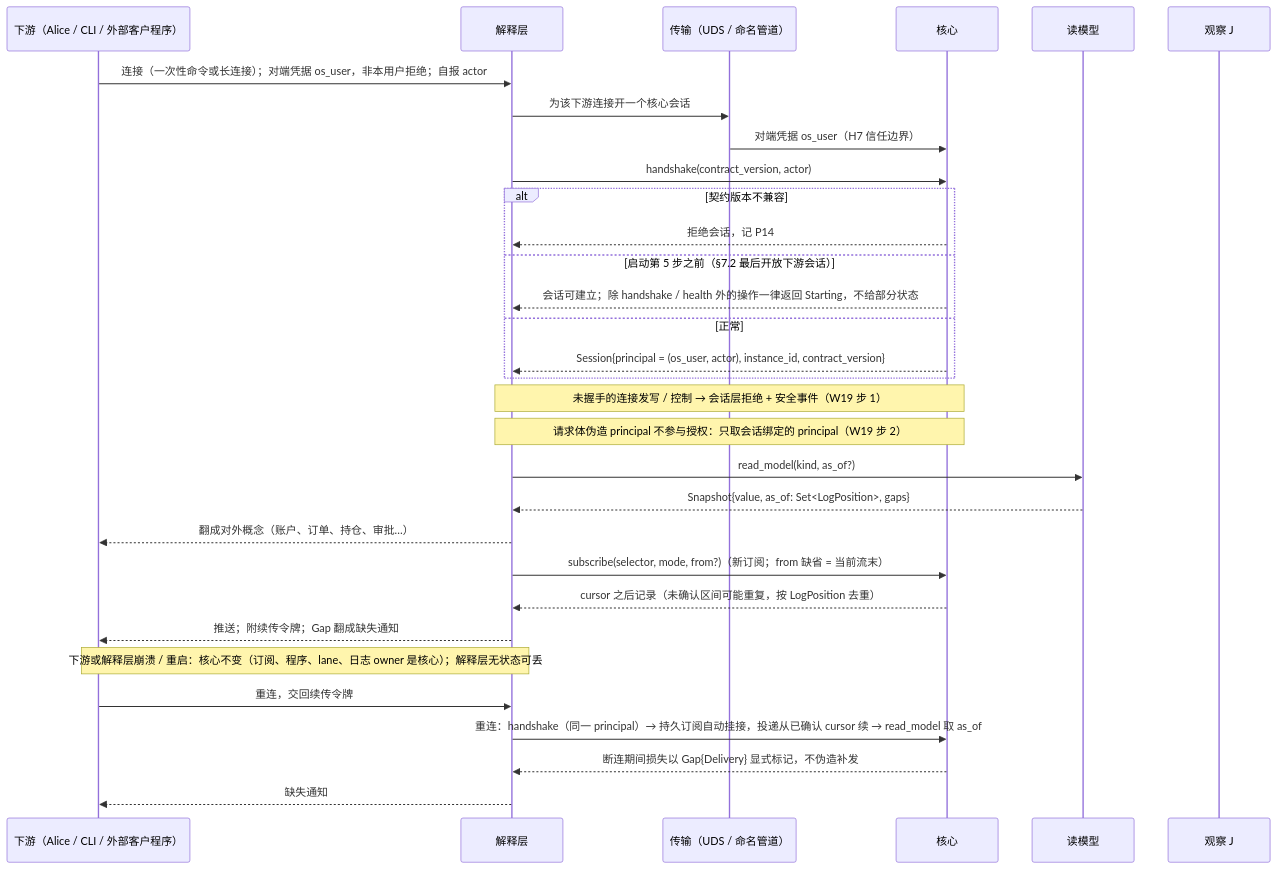
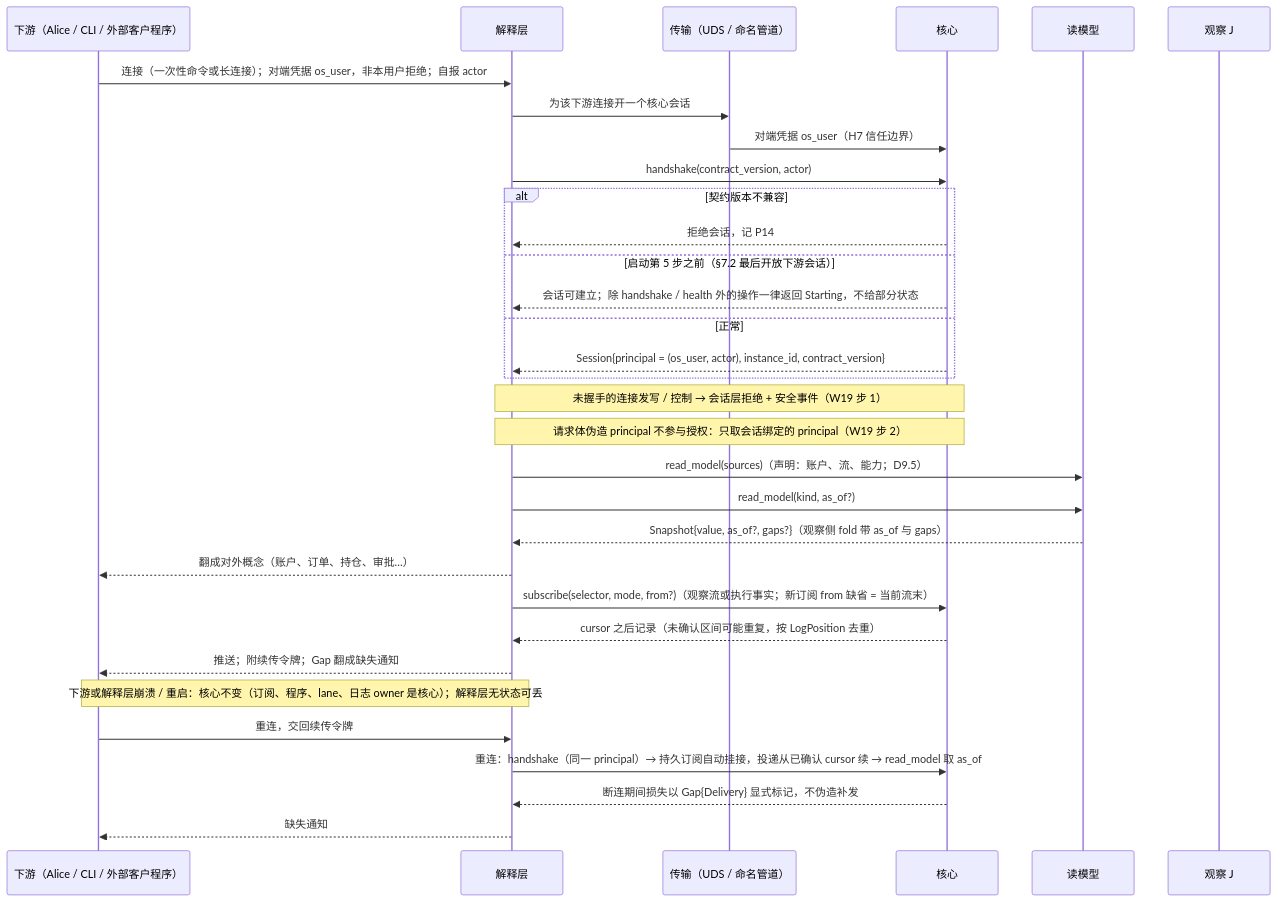
The first of 5 diagrams in design/diagrams/09-alice-session.md (mouriya-s-lab/uta), drawn with Mermaid before and after one commit. The commit also changed other lines of this file and 13 other files, not shown here.

````diff
--- a/design/diagrams/09-alice-session.md
+++ b/design/diagrams/09-alice-session.md
@@ -9,33 +9,34 @@
 ```mermaid
 sequenceDiagram
   participant D as 下游（Alice / CLI / 外部客户程序）
   participant L as 解释层
   participant TR as 传输（UDS / 命名管道）
   participant C as 核心
   participant RM as 读模型
   participant J as 观察 J
   D->>L: 连接（一次性命令或长连接）；对端凭据 os_user，非本用户拒绝；自报 actor
   L->>TR: 为该下游连接开一个核心会话
   TR->>C: 对端凭据 os_user（H7 信任边界）
   L->>C: handshake(contract_version, actor)
   alt 契约版本不兼容
     C-->>L: 拒绝会话，记 P14
   else 启动第 5 步之前（§7.2 最后开放下游会话）
     C-->>L: 会话可建立；除 handshake / health 外的操作一律返回 Starting，不给部分状态
   else 正常
     C-->>L: Session{principal = (os_user, actor), instance_id, contract_version}
   end
   Note over L,C: 未握手的连接发写 / 控制 → 会话层拒绝 + 安全事件（W19 步 1）
   Note over L,C: 请求体伪造 principal 不参与授权：只取会话绑定的 principal（W19 步 2）
+  L->>RM: read_model(sources)（声明：账户、流、能力；D9.5）
   L->>RM: read_model(kind, as_of?)
-  RM-->>L: Snapshot{value, as_of: Set<LogPosition>, gaps}
+  RM-->>L: Snapshot{value, as_of?, gaps?}（观察侧 fold 带 as_of 与 gaps）
   L-->>D: 翻成对外概念（账户、订单、持仓、审批…）
-  L->>C: subscribe(selector, mode, from?)（新订阅；from 缺省 = 当前流末）
+  L->>C: subscribe(selector, mode, from?)（观察流或执行事实；新订阅 from 缺省 = 当前流末）
   C-->>L: cursor 之后记录（未确认区间可能重复，按 LogPosition 去重）
   L-->>D: 推送；附续传令牌；Gap 翻成缺失通知
   Note over D,L: 下游或解释层崩溃 / 重启：核心不变（订阅、程序、lane、日志 owner 是核心）；解释层无状态可丢
   D->>L: 重连，交回续传令牌
   L->>C: 重连：handshake（同一 principal）→ 持久订阅自动挂接，投递从已确认 cursor 续 → read_model 取 as_of
   C-->>L: 断连期间损失以 Gap{Delivery} 显式标记，不伪造补发
   L-->>D: 缺失通知
 ```
````
